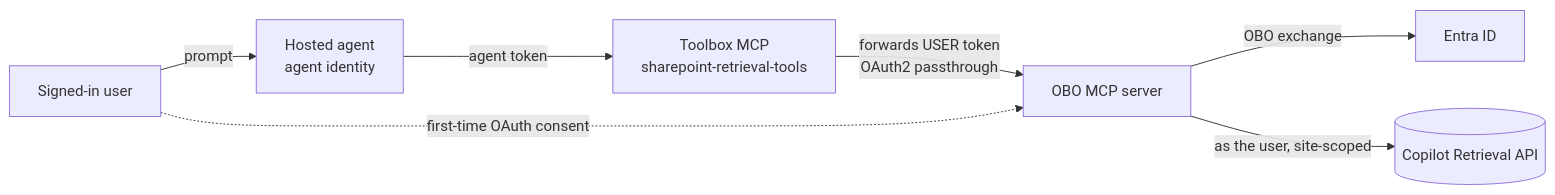
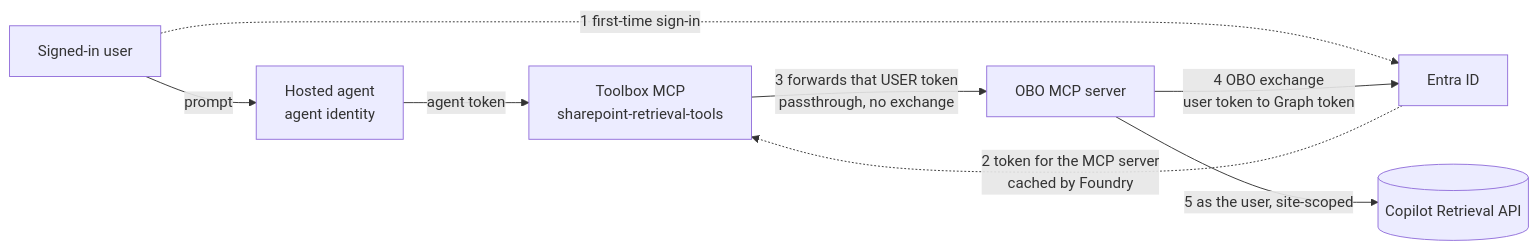
One commit to Heenanl/Foundry_EnterpriseAgents changed the diagram in foundryagents/hostedagent/sharepoint-copilot-retrieval/README.md. Above: the diagram before and after it, drawn with Mermaid. The commit also changed other lines of this file, not shown here.

First line of the commit message:
Record that Foundry Agent Consumer alone is sufficient for callers

````diff
--- a/foundryagents/hostedagent/sharepoint-copilot-retrieval/README.md
+++ b/foundryagents/hostedagent/sharepoint-copilot-retrieval/README.md
@@ -18,9 +25,10 @@
 ```mermaid
 flowchart LR
     U[Signed-in user] -->|prompt| A[Hosted agent<br/>agent identity]
     A -->|agent token| TB[Toolbox MCP<br/>sharepoint-retrieval-tools]
-    TB -->|forwards USER token<br/>OAuth2 passthrough| GW[OBO MCP server]
-    GW -->|OBO exchange| E[Entra ID]
-    GW -->|as the user, site-scoped| RET[(Copilot Retrieval API)]
-    U -.->|first-time OAuth consent| GW
+    U -.->|1 first-time sign-in| E[Entra ID]
+    E -.->|2 token for the MCP server<br/>cached by Foundry| TB
+    TB -->|3 forwards that USER token<br/>passthrough, no exchange| GW[OBO MCP server]
+    GW -->|4 OBO exchange<br/>user token to Graph token| E
+    GW -->|5 as the user, site-scoped| RET[(Copilot Retrieval API)]
 ```
````
